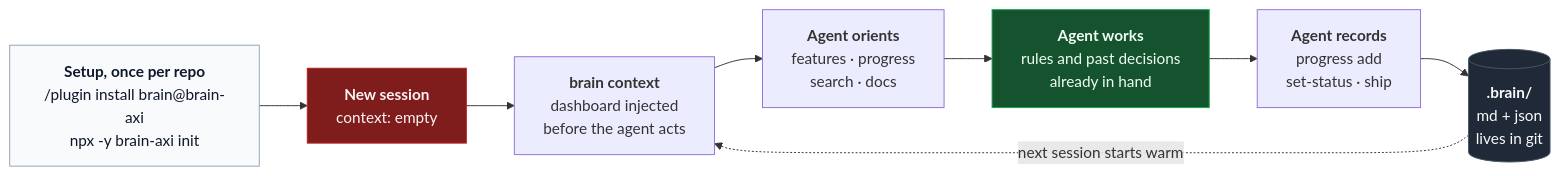
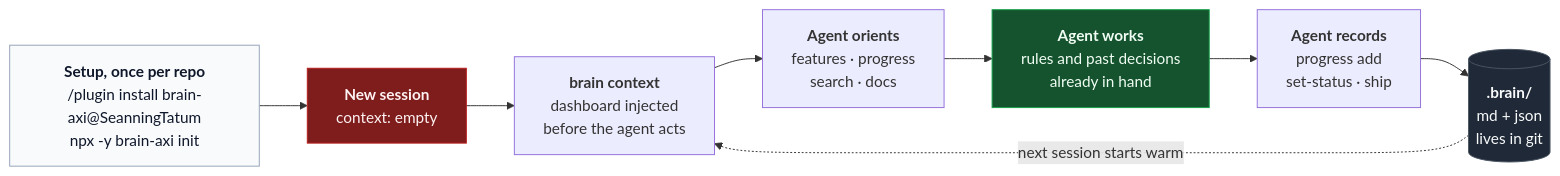
The diagram in README.md (SeanningTatum/brain-axi), drawn with Mermaid before and after one commit. The commit also changed other lines of this file and 8 other files, not shown here.

First line of the commit message:
feat(plugin): rename to brain-axi@SeanningTatum

````diff
--- a/README.md
+++ b/README.md
@@ -39,19 +39,19 @@
 ```mermaid
 flowchart LR
-    I["<b>Setup, once per repo</b><br/>/plugin install brain@brain-axi<br/>npx -y brain-axi init"]
+    I["<b>Setup, once per repo</b><br/>/plugin install brain-axi@SeanningTatum<br/>npx -y brain-axi init"]
 
     I --> S
 
     S["<b>New session</b><br/>context: empty"]
     S --> H["<b>brain context</b><br/>dashboard injected<br/>before the agent acts"]
     H --> R["<b>Agent orients</b><br/>features · progress<br/>search · docs"]
     R --> W["<b>Agent works</b><br/>rules and past decisions<br/>already in hand"]
     W --> C["<b>Agent records</b><br/>progress add<br/>set-status · ship"]
     C --> B[("<b>.brain/</b><br/>md + json<br/>lives in git")]
     B -.->|"next session starts warm"| H
 
     style I fill:#f8fafc,stroke:#94a3b8,color:#0f172a
     style S fill:#7f1d1d,stroke:#b91c1c,color:#fef2f2
     style W fill:#14532d,stroke:#16a34a,color:#f0fdf4
     style B fill:#1f2937,stroke:#4b5563,color:#f9fafb
 ```
````
